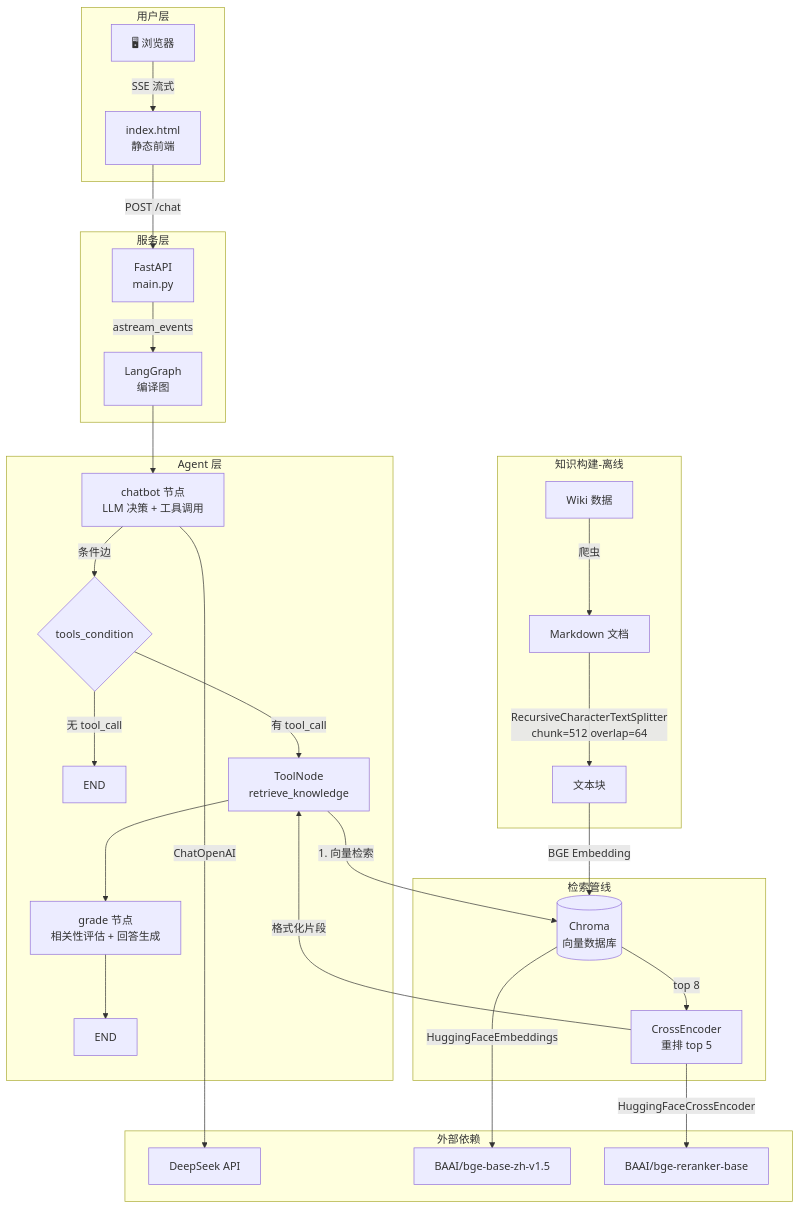
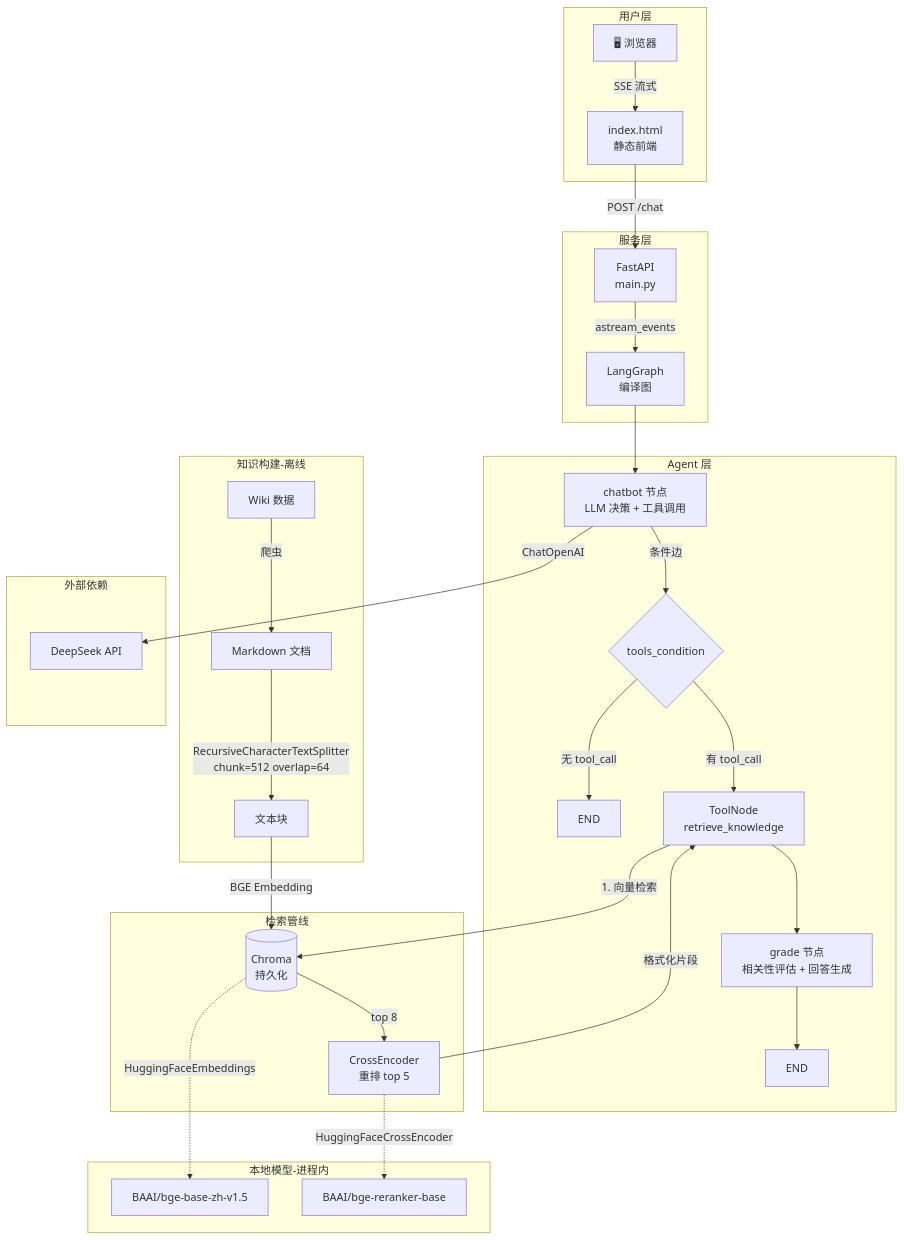
One commit to Heliostao/pamu-assist changed the first of 2 diagrams in README.md. Above: the diagram before and after it, drawn with Mermaid. The commit also changed other lines of this file, not shown here.

Commit message:
添加预构建向量库 chroma_data

````diff
--- a/README.md
+++ b/README.md
@@ -8,38 +8,41 @@
 ```mermaid
 graph TB
     subgraph 用户层
         U[🖥 浏览器] -->|SSE 流式| FE[index.html<br/>静态前端]
     end
 
     subgraph 服务层
         FE -->|POST /chat| API[FastAPI<br/>main.py]
         API -->|astream_events| LG[LangGraph<br/>编译图]
     end
 
     subgraph Agent 层
         LG --> CB[chatbot 节点<br/>LLM 决策 + 工具调用]
         CB -->|条件边| TC{tools_condition}
         TC -->|无 tool_call| END1[END]
         TC -->|有 tool_call| TN[ToolNode<br/>retrieve_knowledge]
         TN --> GD[grade 节点<br/>相关性评估 + 回答生成]
         GD --> END2[END]
     end
 
     subgraph 检索管线
-        TN -->|1. 向量检索| VS[(Chroma<br/>向量数据库)]
+        TN -->|1. 向量检索| VS[(Chroma<br/>持久化)]
         VS -->|top 8| RR[CrossEncoder<br/>重排 top 5]
         RR -->|格式化片段| TN
+    end
+
+    subgraph 本地模型-进程内
+        VS -.->|HuggingFaceEmbeddings| BGE[BAAI/bge-base-zh-v1.5]
+        RR -.->|HuggingFaceCrossEncoder| RERANK[BAAI/bge-reranker-base]
     end
 
     subgraph 知识构建-离线
         WIKI[Wiki 数据] -->|爬虫| MD[Markdown 文档]
         MD -->|RecursiveCharacterTextSplitter<br/>chunk=512 overlap=64| CHK[文本块]
         CHK -->|BGE Embedding| VS
     end
 
     subgraph 外部依赖
         CB -->|ChatOpenAI| DS[DeepSeek API]
-        VS -->|HuggingFaceEmbeddings| BGE[BAAI/bge-base-zh-v1.5]
-        RR -->|HuggingFaceCrossEncoder| RERANK[BAAI/bge-reranker-base]
     end
 ```
````
